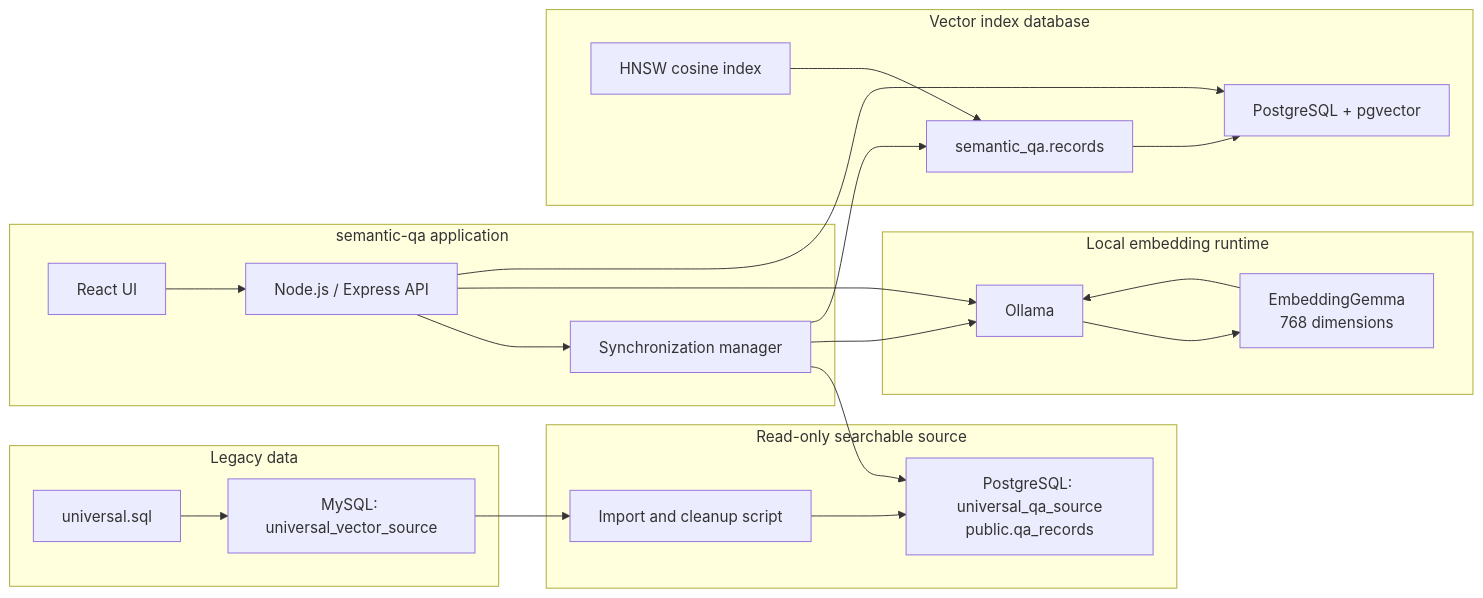
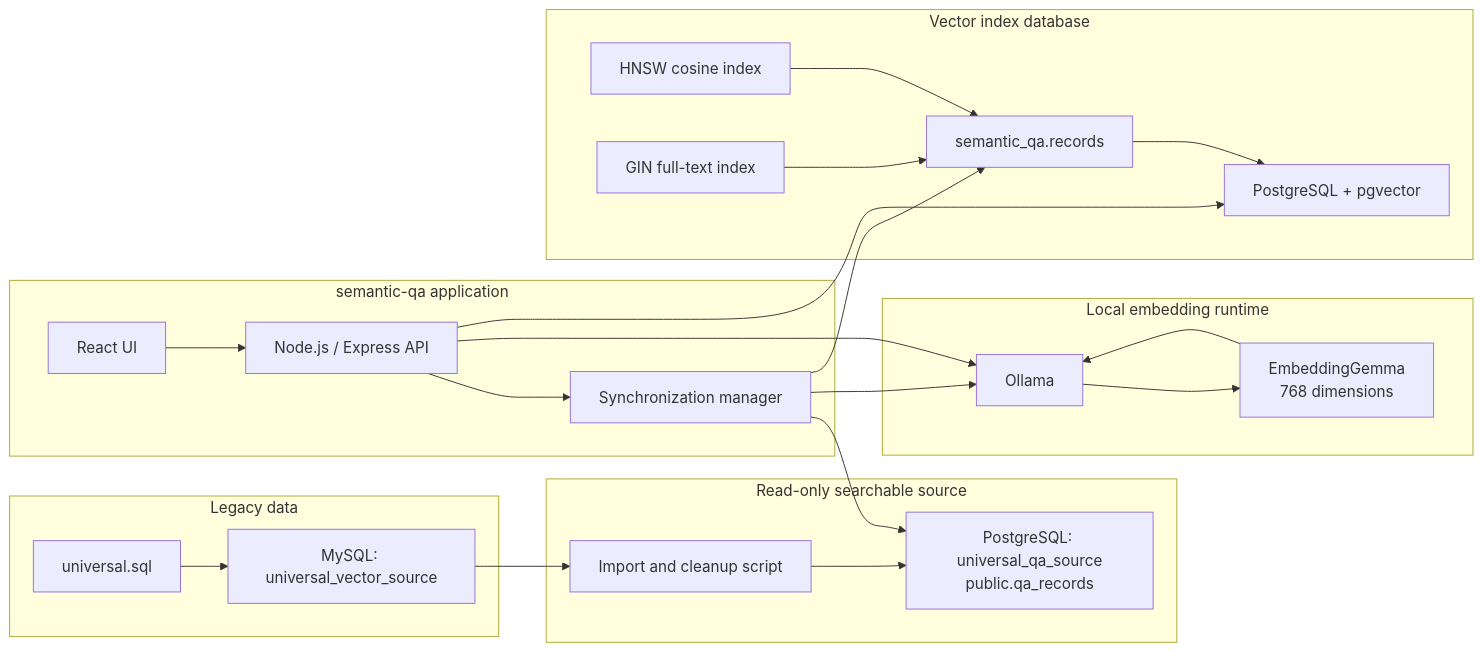
Before and after one commit to Ramakanth001/tools: the first of 4 diagrams in semantic-qa/ARCHITECTURE.md, drawn with Mermaid. The commit also changed other lines of this file and 17 other files, not shown here.

````diff
--- a/semantic-qa/ARCHITECTURE.md
+++ b/semantic-qa/ARCHITECTURE.md
@@ -42,44 +42,46 @@
 ```mermaid
 flowchart LR
     subgraph Legacy["Legacy data"]
         SQL["universal.sql"]
         MYSQL["MySQL: universal_vector_source"]
     end
 
     subgraph Source["Read-only searchable source"]
         IMPORT["Import and cleanup script"]
         PG_SOURCE["PostgreSQL: universal_qa_source\npublic.qa_records"]
     end
 
     subgraph App["semantic-qa application"]
         UI["React UI"]
         API["Node.js / Express API"]
         SYNC["Synchronization manager"]
     end
 
     subgraph Embeddings["Local embedding runtime"]
         OLLAMA["Ollama"]
         MODEL["EmbeddingGemma\n768 dimensions"]
     end
 
     subgraph Index["Vector index database"]
         PGVECTOR["PostgreSQL + pgvector"]
         RECORDS["semantic_qa.records"]
         HNSW["HNSW cosine index"]
+        GIN["GIN full-text index"]
     end
 
     SQL --> MYSQL
     MYSQL --> IMPORT
     IMPORT --> PG_SOURCE
     UI --> API
     API --> SYNC
     SYNC --> PG_SOURCE
     SYNC --> OLLAMA
     OLLAMA --> MODEL
     MODEL --> OLLAMA
     SYNC --> RECORDS
     RECORDS --> PGVECTOR
     HNSW --> RECORDS
+    GIN --> RECORDS
     API --> OLLAMA
     API --> PGVECTOR
 ```
````
